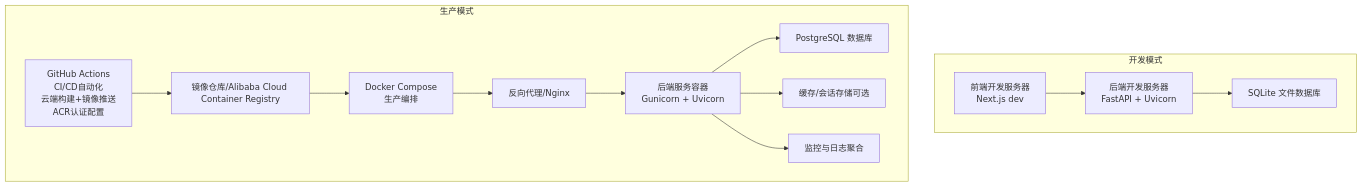
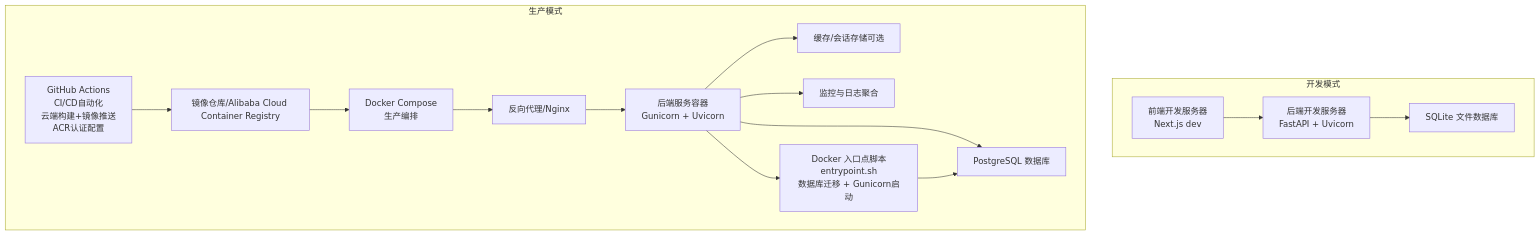
Before and after one commit to breeze-lyf/ai-stock-advisor: the second of 3 diagrams in .qoder/repowiki/zh/content/部署与运维/部署与运维.md, drawn with Mermaid. The commit also changed other lines of this file and 7 other files, not shown here.

````diff
--- a/.qoder/repowiki/zh/content/部署与运维/部署与运维.md
+++ b/.qoder/repowiki/zh/content/部署与运维/部署与运维.md
@@ -189,27 +201,30 @@
 ```mermaid
 graph TB
 subgraph "开发模式"
 FEDEV["前端开发服务器<br/>Next.js dev"]
 BEDEV["后端开发服务器<br/>FastAPI + Uvicorn"]
 DBDEV["SQLite 文件数据库"]
 FEDEV --> BEDEV
 BEDEV --> DBDEV
 end
 subgraph "生产模式"
 NGINX["反向代理/Nginx"]
 ACR["镜像仓库/Alibaba Cloud Container Registry"]
 DCP["Docker Compose<br/>生产编排"]
 BEPROD["后端服务容器<br/>Gunicorn + Uvicorn"]
 DBPROD["PostgreSQL 数据库"]
 REDIS["缓存/会话存储可选"]
 MON["监控与日志聚合"]
 GHA["GitHub Actions<br/>CI/CD自动化<br/>云端构建+镜像推送<br/>ACR认证配置"]
+EP["Docker 入口点脚本<br/>entrypoint.sh<br/>数据库迁移 + Gunicorn启动"]
 GHA --> ACR
 ACR --> DCP
 DCP --> NGINX
 NGINX --> BEPROD
 BEPROD --> DBPROD
 BEPROD --> REDIS
 BEPROD --> MON
+BEPROD --> EP
+EP --> DBPROD
 end
 ```
````
